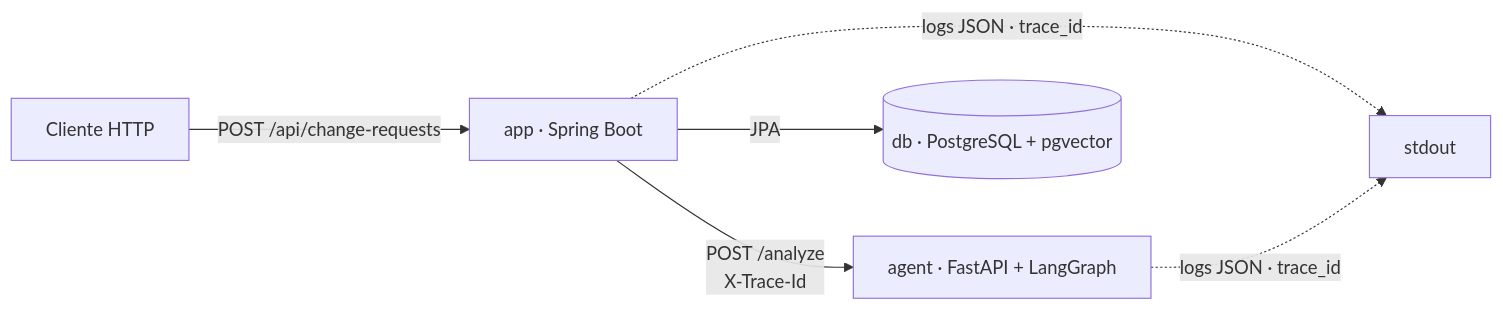
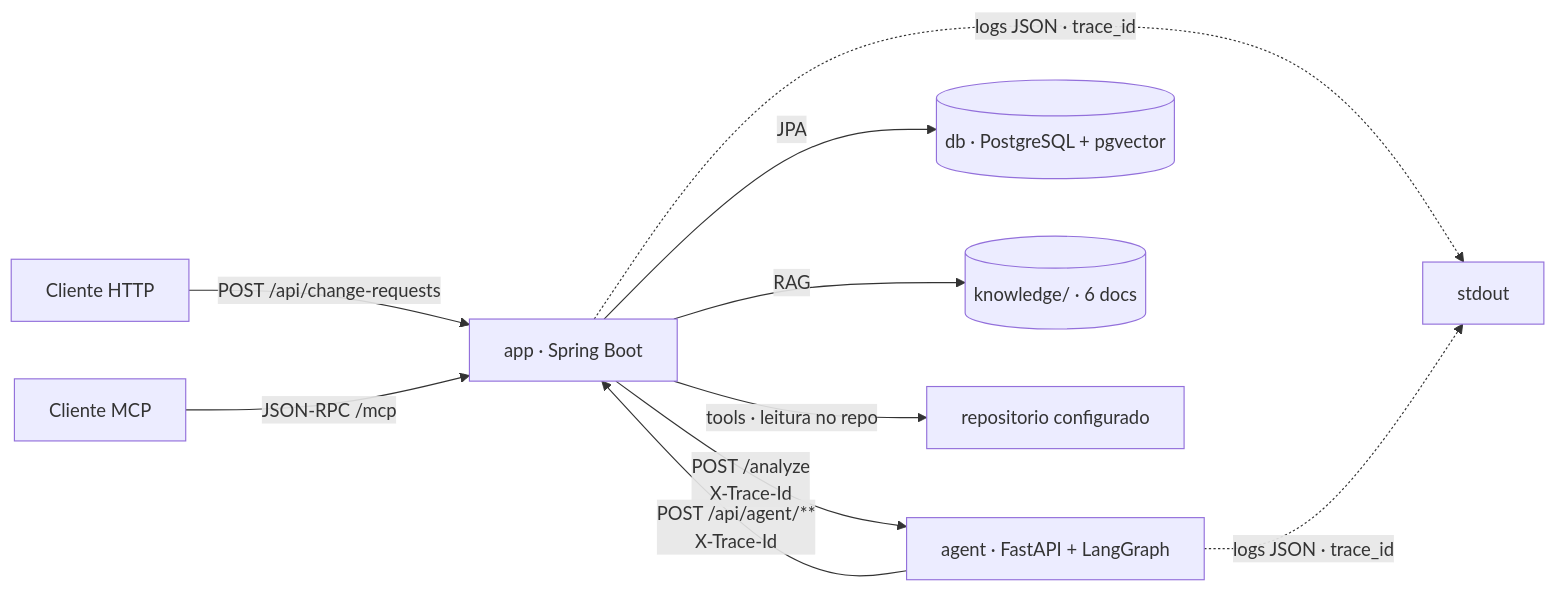
Before and after one commit to thiagocaandrade/ai-change-request-analyzer: the diagram in README.md, drawn with Mermaid. The commit also changed other lines of this file and 22 other files, not shown here.

````diff
--- a/README.md
+++ b/README.md
@@ -18,8 +18,12 @@
 ```mermaid
 flowchart LR
     Client[Cliente HTTP] -->|POST /api/change-requests| App[app · Spring Boot]
     App -->|POST /analyze<br/>X-Trace-Id| Agent[agent · FastAPI + LangGraph]
+    Agent -->|POST /api/agent/**<br/>X-Trace-Id| App
     App -->|JPA| DB[(db · PostgreSQL + pgvector)]
+    App -->|RAG| KB[(knowledge/ · 6 docs)]
+    App -->|tools · leitura no repo| Repo[repositorio configurado]
+    McpClient[Cliente MCP] -->|JSON-RPC /mcp| App
     App -.->|logs JSON · trace_id| Logs[stdout]
     Agent -.->|logs JSON · trace_id| Logs
 ```
````
